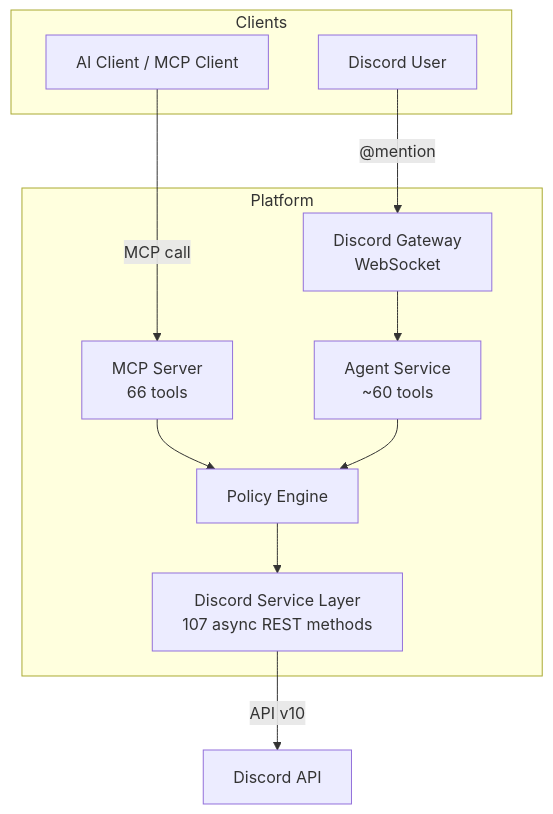
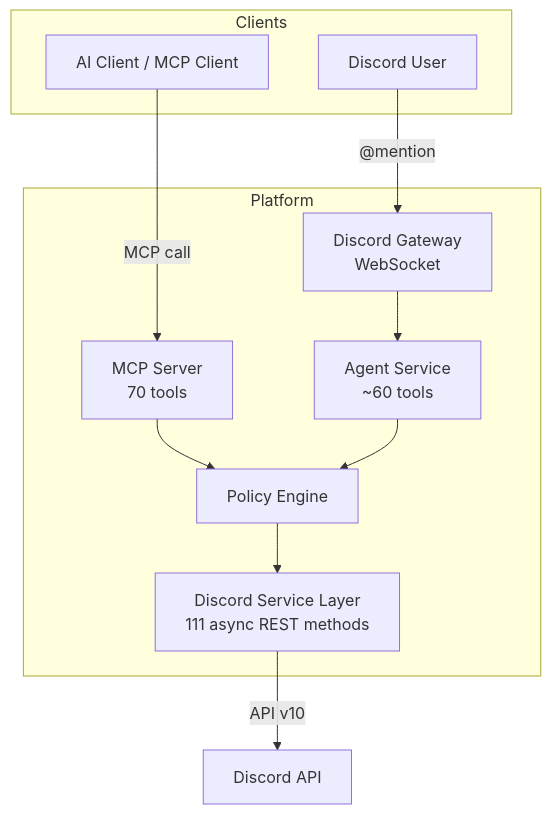
Before and after one commit to Rastrian/DiscordMCP: the first of 5 diagrams in README.md, drawn with Mermaid. The commit also changed other lines of this file and 16 other files, not shown here.

````diff
--- a/README.md
+++ b/README.md
@@ -23,23 +23,23 @@
 ```mermaid
 graph TD
     subgraph "Clients"
         AI["AI Client / MCP Client"]
         DU["Discord User"]
     end
 
     subgraph "Platform"
-        MCPS["MCP Server<br/>66 tools"]
+        MCPS["MCP Server<br/>70 tools"]
         GW["Discord Gateway<br/>WebSocket"]
         PE["Policy Engine"]
         AGENT["Agent Service<br/>~60 tools"]
-        SVC["Discord Service Layer<br/>107 async REST methods"]
+        SVC["Discord Service Layer<br/>111 async REST methods"]
     end
 
     AI -->|MCP call| MCPS
     DU -->|"@mention"| GW
     MCPS --> PE
     GW --> AGENT
     AGENT --> PE
     PE --> SVC
     SVC -->|API v10| DISC["Discord API"]
 ```
````
